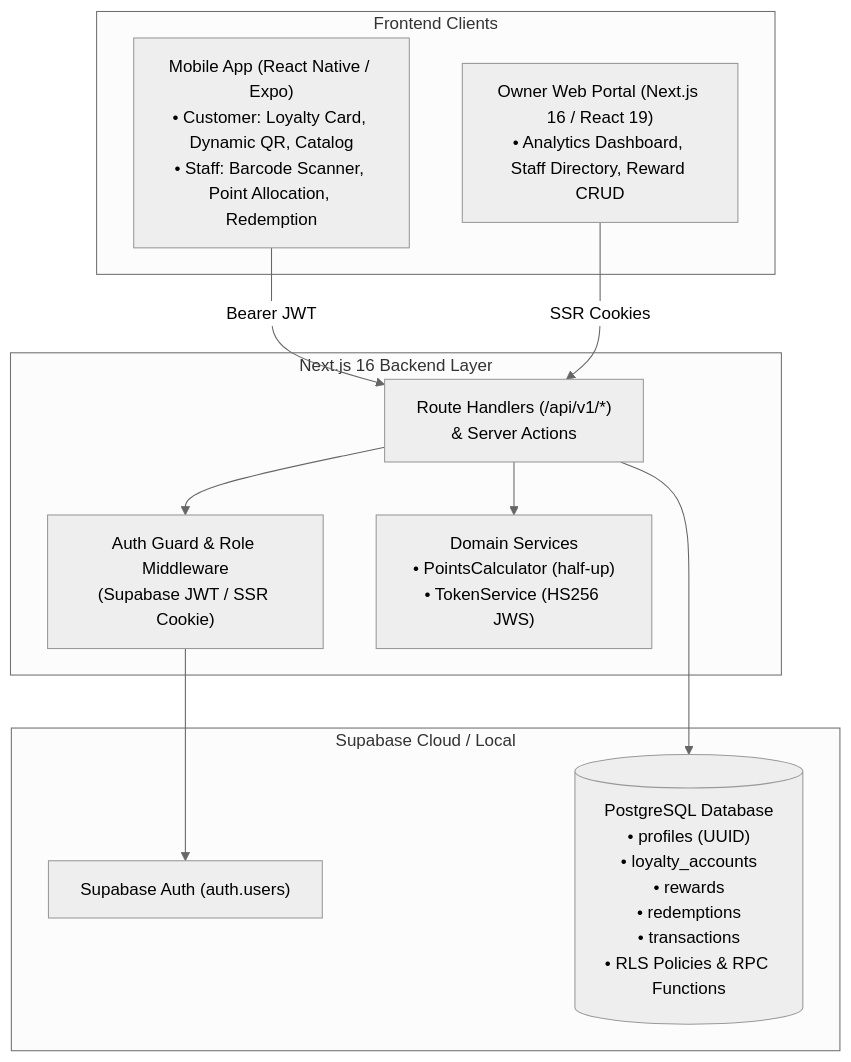
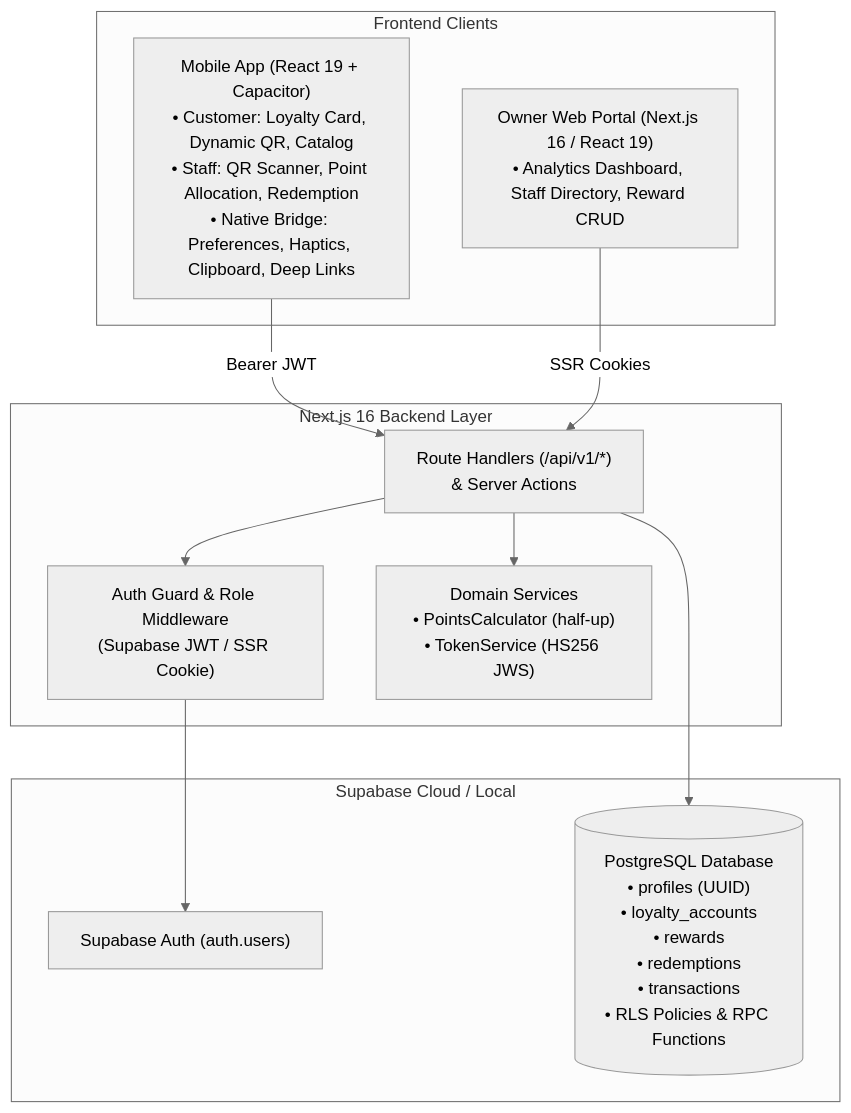
Before and after one commit to seiiba02/BrewPoints: the diagram in docs/COMBINED_IMPLEMENTATION_PLAN.md, drawn with Mermaid (neutral theme). The commit also changed other lines of this file and 92 other files, not shown here.

Commit message:
feat: initialize BrewFlow coffee platform with core architecture, UI components, and database schema

````diff
--- a/docs/COMBINED_IMPLEMENTATION_PLAN.md
+++ b/docs/COMBINED_IMPLEMENTATION_PLAN.md
@@ -29,25 +29,25 @@
 ```mermaid
 flowchart TD
     subgraph Clients["Frontend Clients"]
-        M["Mobile App (React Native / Expo)\n• Customer: Loyalty Card, Dynamic QR, Catalog\n• Staff: Barcode Scanner, Point Allocation, Redemption"]
+        M["Mobile App (React 19 + Capacitor)\n• Customer: Loyalty Card, Dynamic QR, Catalog\n• Staff: QR Scanner, Point Allocation, Redemption\n• Native Bridge: Preferences, Haptics, Clipboard, Deep Links"]
         W["Owner Web Portal (Next.js 16 / React 19)\n• Analytics Dashboard, Staff Directory, Reward CRUD"]
     end
 
     subgraph Backend["Next.js 16 Backend Layer"]
         API["Route Handlers (/api/v1/*)\n& Server Actions"]
         AUTH_GUARD["Auth Guard & Role Middleware\n(Supabase JWT / SSR Cookie)"]
         SVC["Domain Services\n• PointsCalculator (half-up)\n• TokenService (HS256 JWS)"]
     end
 
     subgraph Supabase["Supabase Cloud / Local"]
         AUTH["Supabase Auth (auth.users)"]
         PG[("PostgreSQL Database\n• profiles (UUID)\n• loyalty_accounts\n• rewards\n• redemptions\n• transactions\n• RLS Policies & RPC Functions")]
     end
 
     M -- "Bearer JWT" --> API
     W -- "SSR Cookies" --> API
     API --> AUTH_GUARD
     AUTH_GUARD --> AUTH
     API --> SVC
     API --> PG
 ```
````
